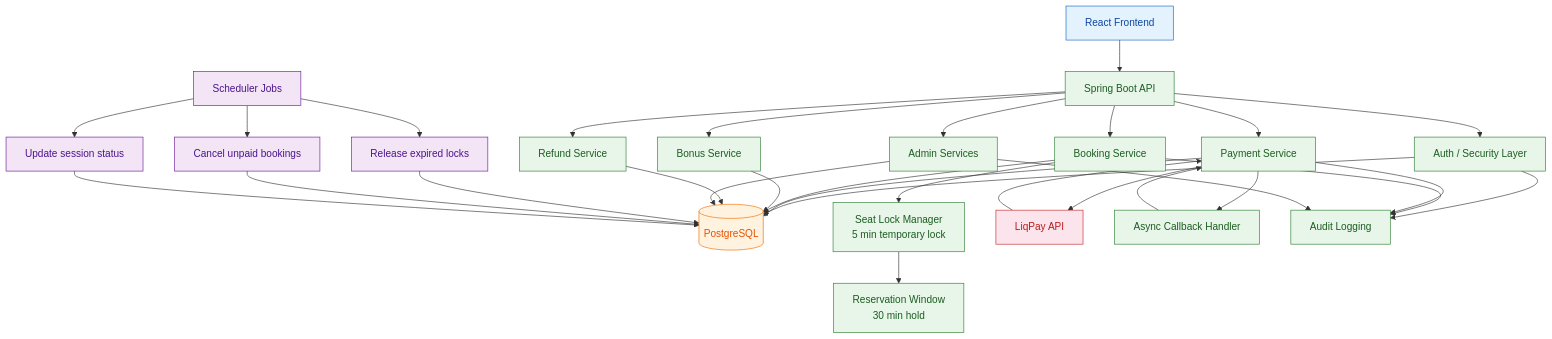
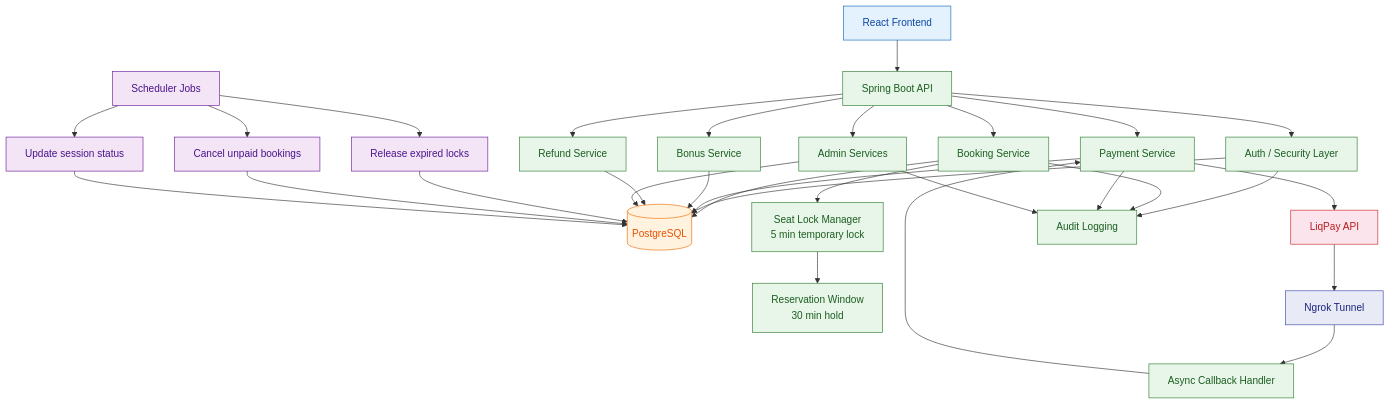
Before and after one commit to AntonBas/Cinema: the first of 2 diagrams in README.md, drawn with Mermaid. The commit also changed other lines of this file, not shown here.

Commit message:
docs: polish README structure and add Ngrok to architecture

````diff
--- a/README.md
+++ b/README.md
@@ -64,58 +66,58 @@
 ```mermaid
 flowchart TD
     %% Styles
     classDef client fill:#e3f2fd,stroke:#1565c0,color:#0d47a1
     classDef backend fill:#e8f5e9,stroke:#2e7d32,color:#1b5e20
     classDef db fill:#fff3e0,stroke:#ef6c00,color:#e65100
     classDef external fill:#fce4ec,stroke:#c62828,color:#b71c1c
     classDef scheduler fill:#f3e5f5,stroke:#6a1b9a,color:#4a148c
+    classDef tunnel fill:#e8eaf6,stroke:#3949ab,color:#1a237e
 
     %% ========== CLIENT ==========
     A[React Frontend]:::client
 
     %% ========== BACKEND ==========
     A --> B[Spring Boot API]:::backend
 
     B --> C[Auth / Security Layer]:::backend
     B --> D[Booking Service]:::backend
     B --> E[Payment Service]:::backend
     B --> F[Bonus Service]:::backend
     B --> G[Refund Service]:::backend
     B --> H[Admin Services]:::backend
 
     %% ========== DATABASE ==========
     C --> DB[(PostgreSQL)]:::db
     D --> DB
     E --> DB
     F --> DB
     G --> DB
     H --> DB
 
     %% ========== CONCURRENCY FLOW ==========
     D --> L[Seat Lock Manager<br/>5 min temporary lock]:::backend
     L --> R[Reservation Window<br/>30 min hold]:::backend
 
     %% ========== PAYMENT FLOW ==========
     E --> P[LiqPay API]:::external
-    P --> E
-
-    E --> CB[Async Callback Handler]:::backend
+    P --> N[Ngrok Tunnel]:::tunnel
+    N --> CB[Async Callback Handler]:::backend
     CB --> E
 
     %% ========== SCHEDULER ==========
     S[Scheduler Jobs]:::scheduler
 
     S --> SL[Release expired locks]:::scheduler
     S --> SB[Cancel unpaid bookings]:::scheduler
     S --> SS[Update session status]:::scheduler
 
     SL --> DB
     SB --> DB
     SS --> DB
 
     %% ========== CROSS-CUTTING ==========
     C --> AUDIT[Audit Logging]:::backend
     D --> AUDIT
     E --> AUDIT
     H --> AUDIT
 ```
````
